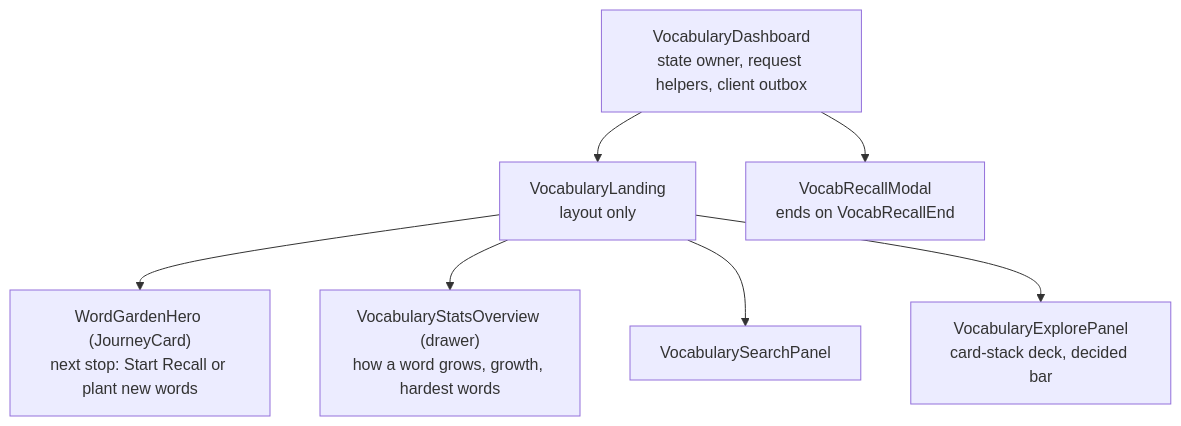
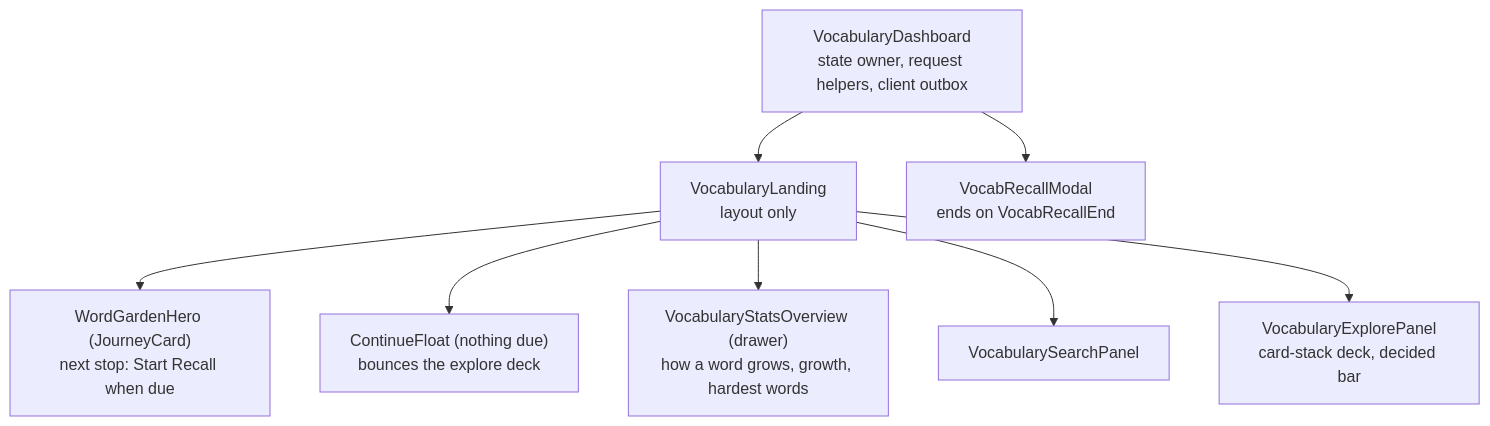
Before and after one commit to NaKMiers/English_For_Only_Me: the third of 3 diagrams in docs/06-frontend.md, drawn with Mermaid. The commit also changed other lines of this file and 6 other files, not shown here.

````diff
--- a/docs/06-frontend.md
+++ b/docs/06-frontend.md
@@ -463,10 +491,11 @@
 ```mermaid
 graph TD
   Dash["VocabularyDashboard<br/>state owner, request helpers, client outbox"]
   Dash --> Landing["VocabularyLanding<br/>layout only"]
-  Landing --> Garden["WordGardenHero (JourneyCard)<br/>next stop: Start Recall or plant new words"]
+  Landing --> Garden["WordGardenHero (JourneyCard)<br/>next stop: Start Recall when due"]
+  Landing --> Float["ContinueFloat (nothing due)<br/>bounces the explore deck"]
   Landing --> Drawer["VocabularyStatsOverview (drawer)<br/>how a word grows, growth, hardest words"]
   Landing --> Search["VocabularySearchPanel"]
   Landing --> Explore["VocabularyExplorePanel<br/>card-stack deck, decided bar"]
   Dash --> Modal["VocabRecallModal<br/>ends on VocabRecallEnd"]
 ```
````
